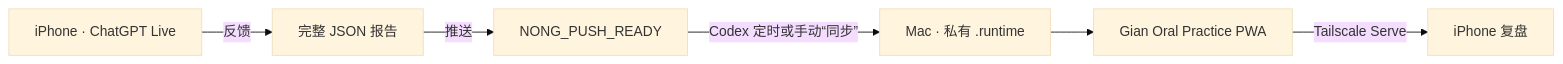
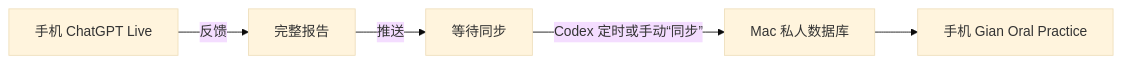
Before and after one commit to giantsand26/Gian-oral-practice: the diagram in README.md, drawn with Mermaid (base theme). The commit also changed other lines of this file and 1 other file, not shown here.

````diff
--- a/README.md
+++ b/README.md
@@ -25,8 +45,7 @@
 ```mermaid
 flowchart LR
-  A["iPhone · ChatGPT Live"] -->|"反馈"| B["完整 JSON 报告"]
-  B -->|"推送"| C["NONG_PUSH_READY"]
-  C -->|"Codex 定时或手动“同步”"| D["Mac · 私有 .runtime"]
-  D --> E["Gian Oral Practice PWA"]
-  E -->|"Tailscale Serve"| F["iPhone 复盘"]
+  A["手机 ChatGPT Live"] -->|"反馈"| B["完整报告"]
+  B -->|"推送"| C["等待同步"]
+  C -->|"Codex 定时或手动“同步”"| D["Mac 私人数据库"]
+  D --> E["手机 Gian Oral Practice"]
 ```
````
